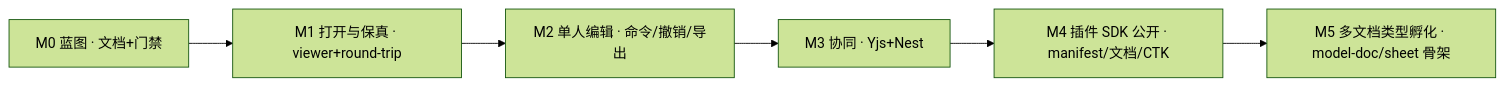
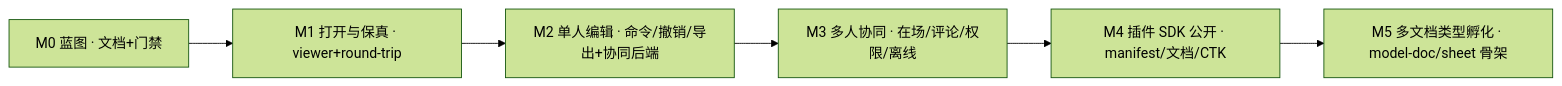
One commit to Xeonice/cordis-ppt-editor changed the first of 4 diagrams in docs/10-prd/05-milestones-and-scope.md. Above: the diagram before and after it, drawn with Mermaid (forest theme). The commit also changed other lines of this file and 79 other files, not shown here.

````diff
--- a/docs/10-prd/05-milestones-and-scope.md
+++ b/docs/10-prd/05-milestones-and-scope.md
@@ -13,5 +13,5 @@
 ```mermaid
 flowchart LR
-  m0["M0 蓝图 · 文档+门禁"] --> m1["M1 打开与保真 · viewer+round-trip"] --> m2["M2 单人编辑 · 命令/撤销/导出"]
-  m2 --> m3["M3 协同 · Yjs+Nest"] --> m4["M4 插件 SDK 公开 · manifest/文档/CTK"] --> m5["M5 多文档类型孵化 · model-doc/sheet 骨架"]
+  m0["M0 蓝图 · 文档+门禁"] --> m1["M1 打开与保真 · viewer+round-trip"] --> m2["M2 单人编辑 · 命令/撤销/导出+协同后端"]
+  m2 --> m3["M3 多人协同 · 在场/评论/权限/离线"] --> m4["M4 插件 SDK 公开 · manifest/文档/CTK"] --> m5["M5 多文档类型孵化 · model-doc/sheet 骨架"]
 ```
````
